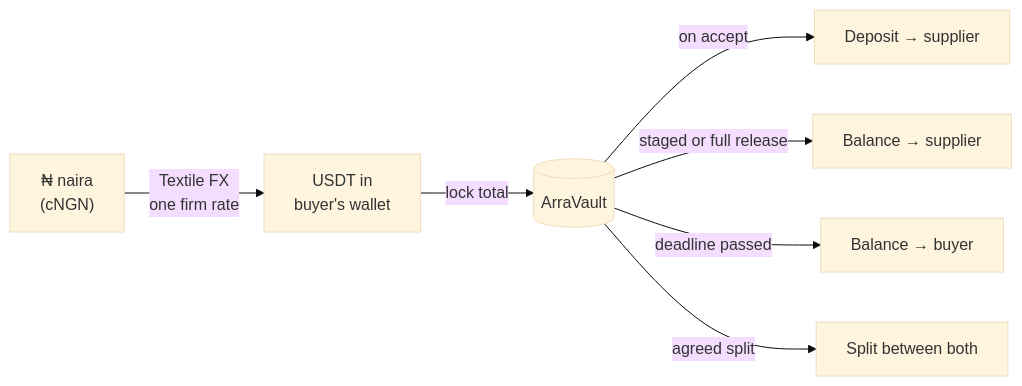
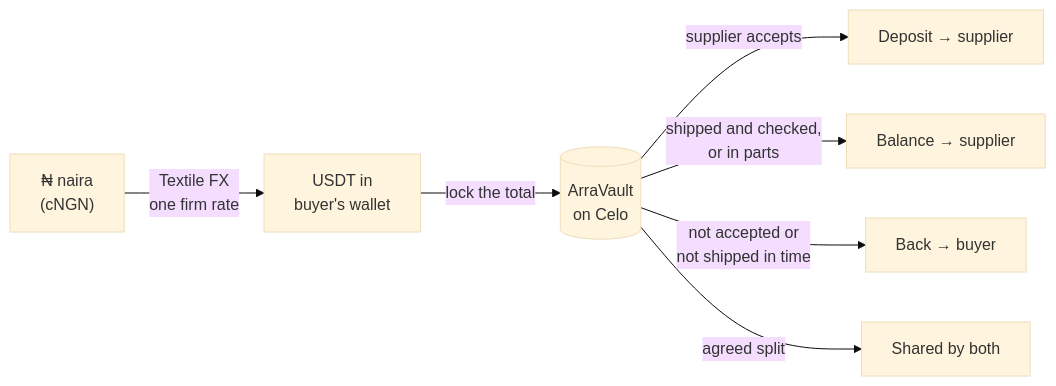
The first of 3 diagrams in README.md (phoenix-2203/arra), drawn with Mermaid (base theme) before and after one commit. The commit also changed other lines of this file, not shown here.

First line of the commit message:
README: full rewrite — problem with sourced data, why current tools fail, step-by-step order, when money moves, features, use cases, comparison, why Celo/Textile, potential, mainnet proof, verification, honest limits

````diff
--- a/README.md
+++ b/README.md
@@ -86,9 +57,9 @@
 ```mermaid
 flowchart LR
     N["₦ naira<br/>(cNGN)"] -->|Textile FX<br/>one firm rate| U["USDT in<br/>buyer's wallet"]
-    U -->|lock total| V[("ArraVault")]
-    V -->|on accept| D["Deposit → supplier"]
-    V -->|staged or full release| R["Balance → supplier"]
-    V -->|deadline passed| F["Balance → buyer"]
-    V -->|agreed split| P["Split between both"]
+    U -->|lock the total| V[("ArraVault<br/>on Celo")]
+    V -->|supplier accepts| D["Deposit → supplier"]
+    V -->|shipped and checked,<br/>or in parts| R["Balance → supplier"]
+    V -->|not accepted or<br/>not shipped in time| F["Back → buyer"]
+    V -->|agreed split| P["Shared by both"]
 ```
````
